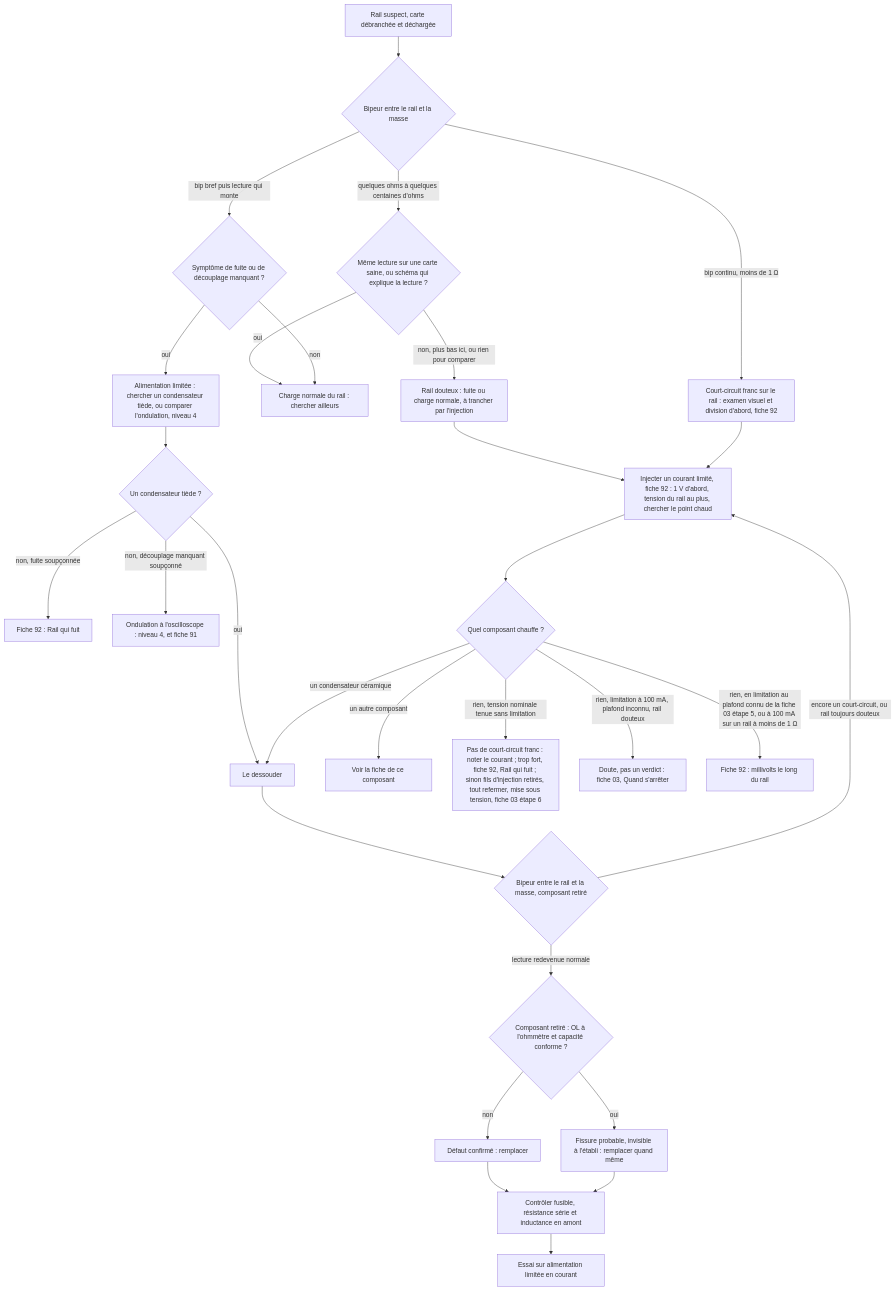
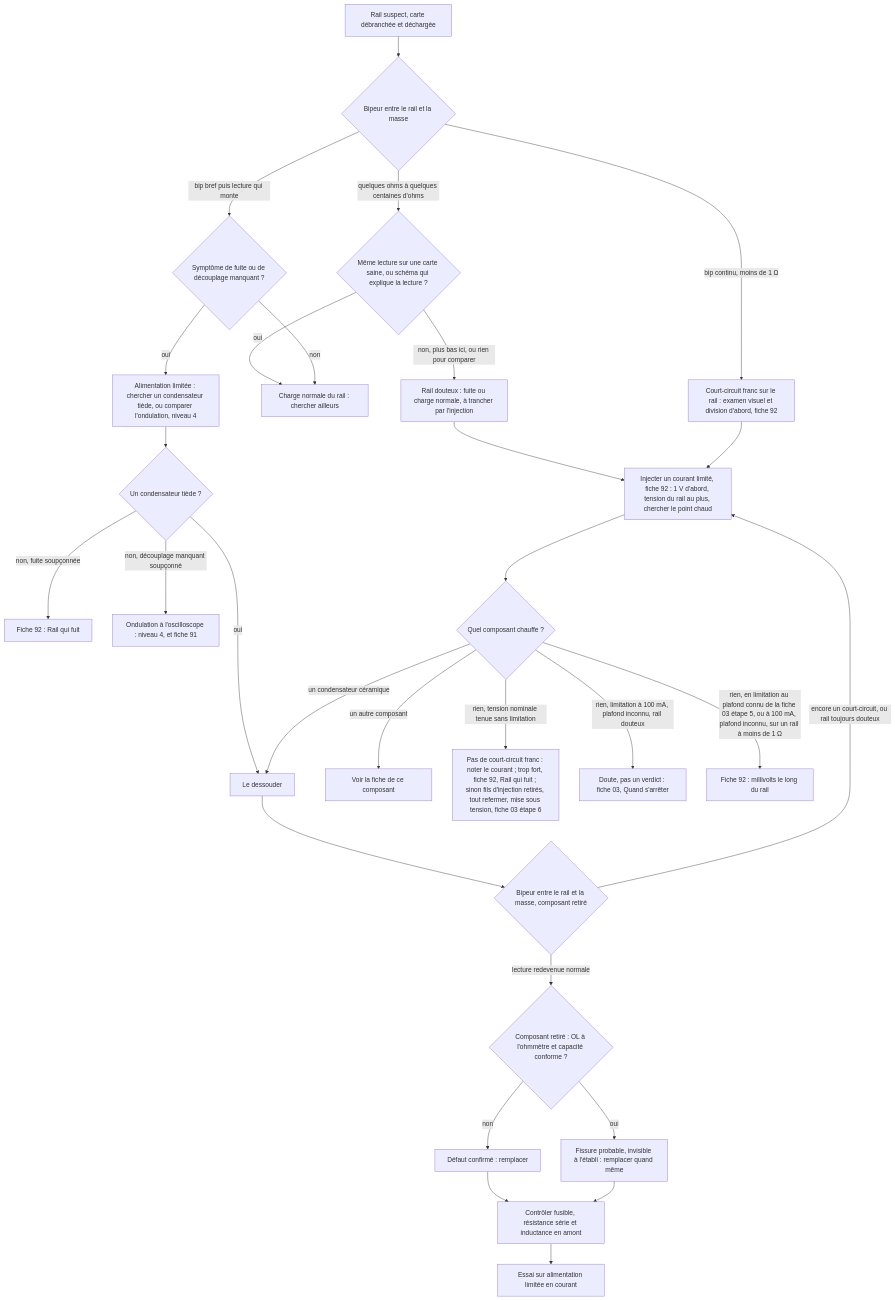
Before and after one commit to benoit-bremaud/ohm-sweet-ohm: the diagram in troubleshooting/20_condensateur_ceramique/README.md, drawn with Mermaid. The commit also changed 6 other files, not shown here.

````diff
--- a/troubleshooting/20_condensateur_ceramique/README.md
+++ b/troubleshooting/20_condensateur_ceramique/README.md
@@ -166,31 +166,31 @@
 ```mermaid
 flowchart TD
   A[Rail suspect, carte débranchée et déchargée] --> B{Bipeur entre le rail et la masse}
   B -- bip continu, moins de 1 Ω --> C[Court-circuit franc sur le rail : examen visuel et division d'abord, fiche 92]
   B -- quelques ohms à quelques centaines d'ohms --> D{Même lecture sur une carte saine, ou schéma qui explique la lecture ?}
   D -- oui --> E[Charge normale du rail : chercher ailleurs]
   D -- non, plus bas ici, ou rien pour comparer --> C2[Rail douteux : fuite ou charge normale, à trancher par l'injection]
   C2 --> H
   B -- bip bref puis lecture qui monte --> F{Symptôme de fuite ou de découplage manquant ?}
   F -- non --> E
   F -- oui --> G[Alimentation limitée : chercher un condensateur tiède, ou comparer l'ondulation, niveau 4]
   G --> G2{Un condensateur tiède ?}
   G2 -- oui --> J
   G2 -- non, fuite soupçonnée --> ZC[Fiche 92 : Rail qui fuit]
   G2 -- non, découplage manquant soupçonné --> ZD[Ondulation à l'oscilloscope : niveau 4, et fiche 91]
   C --> H[Injecter un courant limité, fiche 92 : 1 V d'abord, tension du rail au plus, chercher le point chaud]
   H --> I{Quel composant chauffe ?}
   I -- un condensateur céramique --> J[Le dessouder]
   I -- un autre composant --> K[Voir la fiche de ce composant]
   I -- rien, tension nominale tenue sans limitation --> ZA[Pas de court-circuit franc : noter le courant ; trop fort, fiche 92, Rail qui fuit ; sinon fils d'injection retirés, tout refermer, mise sous tension, fiche 03 étape 6]
   I -- rien, limitation à 100 mA, plafond inconnu, rail douteux --> ZB[Doute, pas un verdict : fiche 03, Quand s'arrêter]
-  I -- rien, en limitation au plafond connu de la fiche 03 étape 5, ou à 100 mA sur un rail à moins de 1 Ω --> L[Fiche 92 : millivolts le long du rail]
+  I -- rien, en limitation au plafond connu de la fiche 03 étape 5, ou à 100 mA, plafond inconnu, sur un rail à moins de 1 Ω --> L[Fiche 92 : millivolts le long du rail]
   J --> M{Bipeur entre le rail et la masse, composant retiré}
   M -- encore un court-circuit, ou rail toujours douteux --> H
   M -- lecture redevenue normale --> N{Composant retiré : OL à l'ohmmètre et capacité conforme ?}
   N -- non --> O[Défaut confirmé : remplacer]
   N -- oui --> P[Fissure probable, invisible à l'établi : remplacer quand même]
   O --> Q[Contrôler fusible, résistance série et inductance en amont]
   P --> Q
   Q --> R[Essai sur alimentation limitée en courant]
 ```
````
